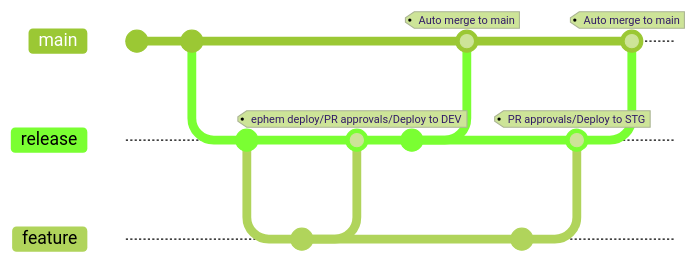
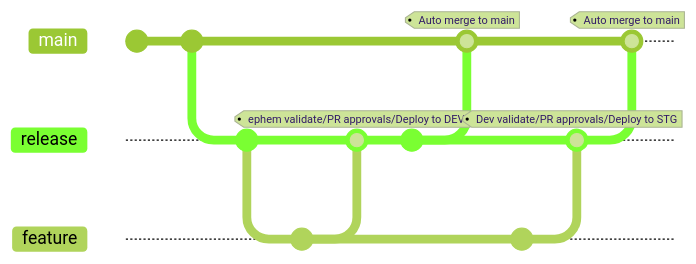
One commit to sakula4/test-repo changed the third of 3 diagrams in release-mgmt-2.md. Above: the diagram before and after it, drawn with Mermaid. Commit ids are hidden.

````diff
--- a/release-mgmt-2.md
+++ b/release-mgmt-2.md
@@ -40,22 +40,22 @@
 ```mermaid
 %%{init: { 'logLevel': 'debug', 'theme': 'forest','gitGraph': {'rotateCommitLabel': true}} }%%
   gitGraph
     commit
     commit
     branch release
     commit
     branch feature
     checkout feature
     commit id: "Changes to DEV Environment"
     checkout release
-    merge feature tag: "ephem deploy/PR approvals/Deploy to DEV"
+    merge feature tag: "ephem validate/PR approvals/Deploy to DEV"
     commit id: "Deployment to DEV triggers "
     checkout main
     merge release tag: "Auto merge to main"
     checkout feature
     commit id: "Changes to STAGE Environment"
     checkout release
-    merge feature tag: "PR approvals/Deploy to STG"
+    merge feature tag: "Dev validate/PR approvals/Deploy to STG"
     checkout main
     merge release tag: "Auto merge to main"
 ```
````
